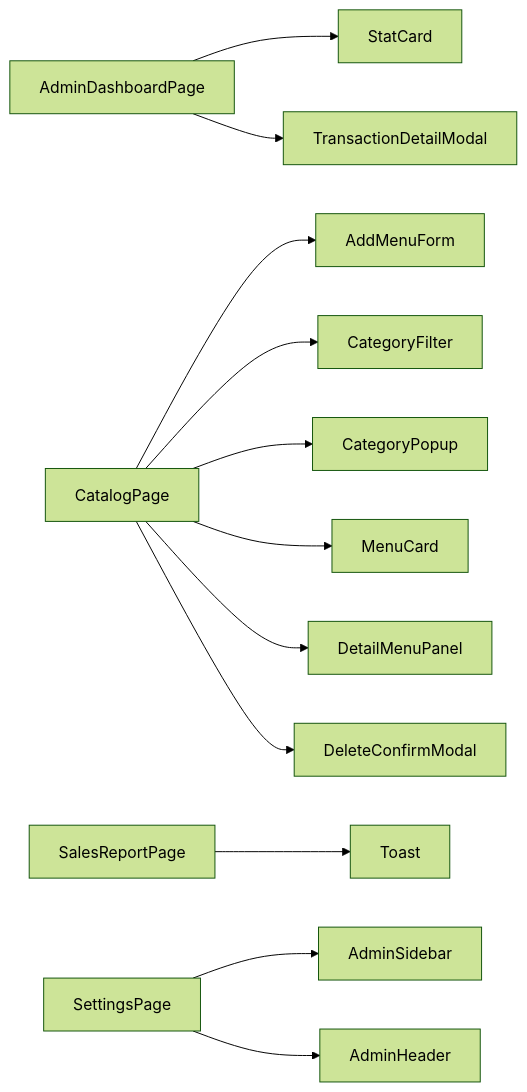
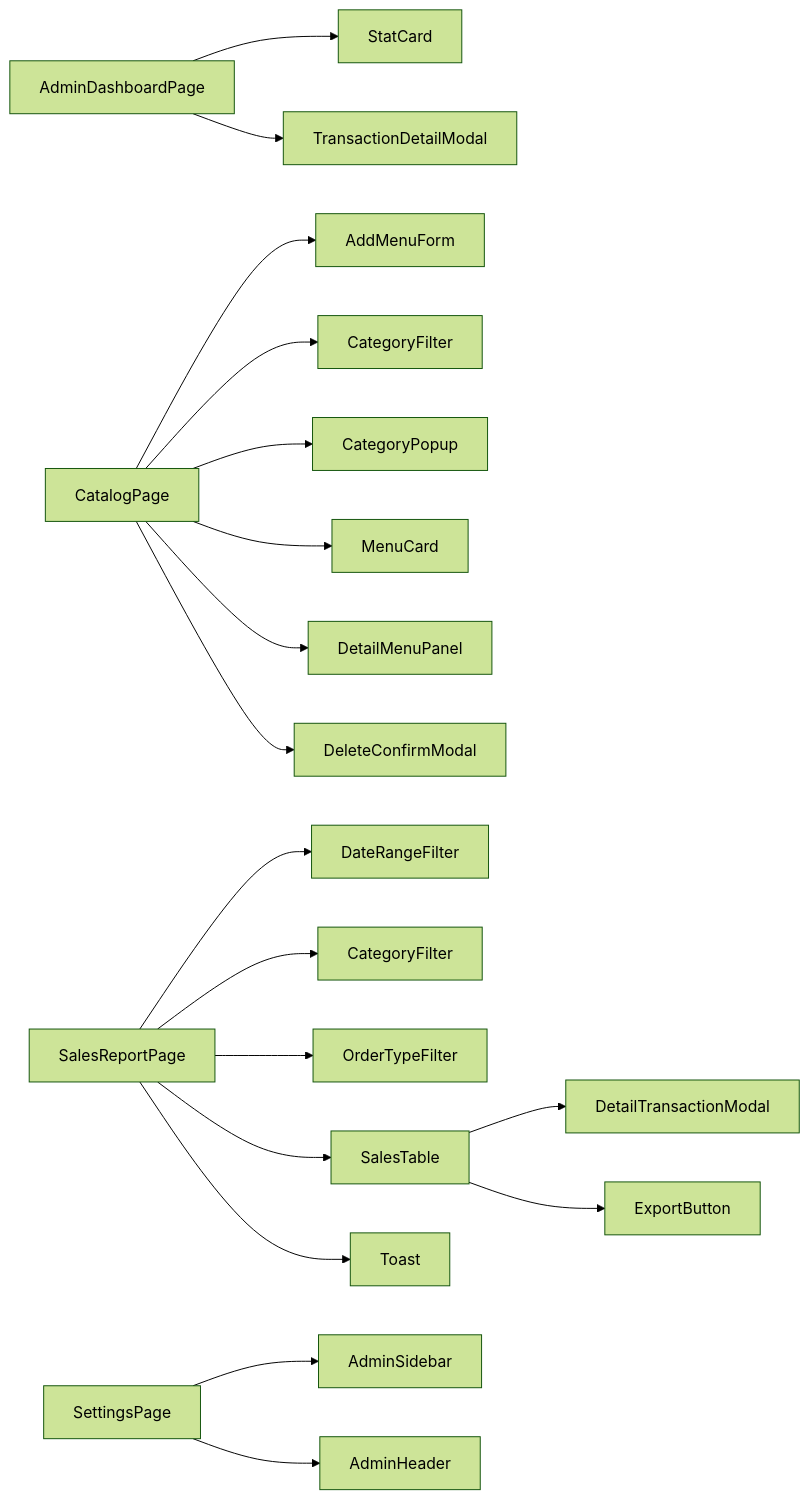
Before and after one commit to ricky-blip/pos-frontend: the eighth of 20 diagrams in FLOWCHART.md, drawn with Mermaid (forest theme). The commit also changed other lines of this file, not shown here.

Commit message:
update flowchart

````diff
--- a/FLOWCHART.md
+++ b/FLOWCHART.md
@@ -287,17 +287,23 @@
 ```mermaid
 flowchart LR
     A1[AdminDashboardPage] --> B1[StatCard]
     A1 --> C1[TransactionDetailModal]
 
     D1[CatalogPage] --> E1[AddMenuForm]
     D1 --> F1[CategoryFilter]
     D1 --> G1[CategoryPopup]
     D1 --> H1[MenuCard]
     D1 --> I1[DetailMenuPanel]
     D1 --> J1[DeleteConfirmModal]
 
-    K1[SalesReportPage] --> L1[Toast]
+    K1[SalesReportPage] --> L1[DateRangeFilter]
+    K1 --> M1[CategoryFilter]
+    K1 --> N1[OrderTypeFilter]
+    K1 --> O1[SalesTable]
+    O1 --> P1[DetailTransactionModal]
+    O1 --> Q1[ExportButton]
+    K1 --> R1[Toast]
 
-    M1[SettingsPage] --> N1[AdminSidebar]
-    M1 --> O1[AdminHeader]
+    S1[SettingsPage] --> T1[AdminSidebar]
+    S1 --> U1[AdminHeader]
 ```
````
